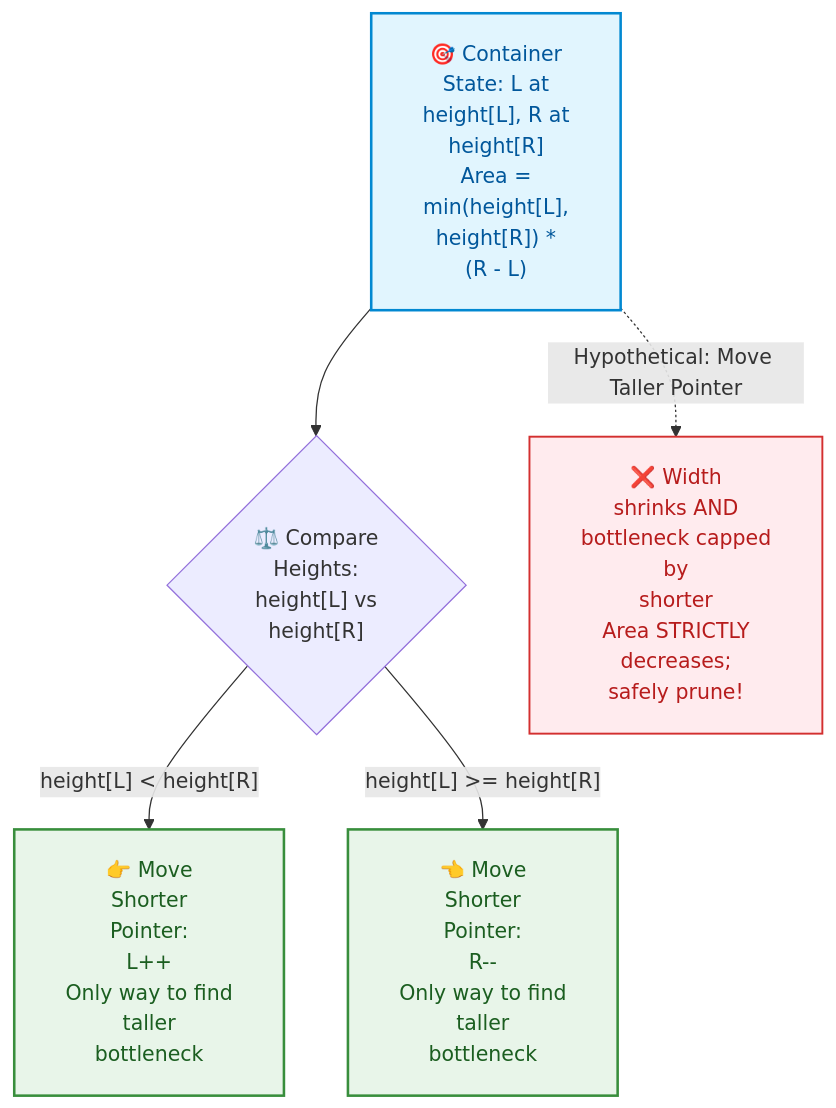
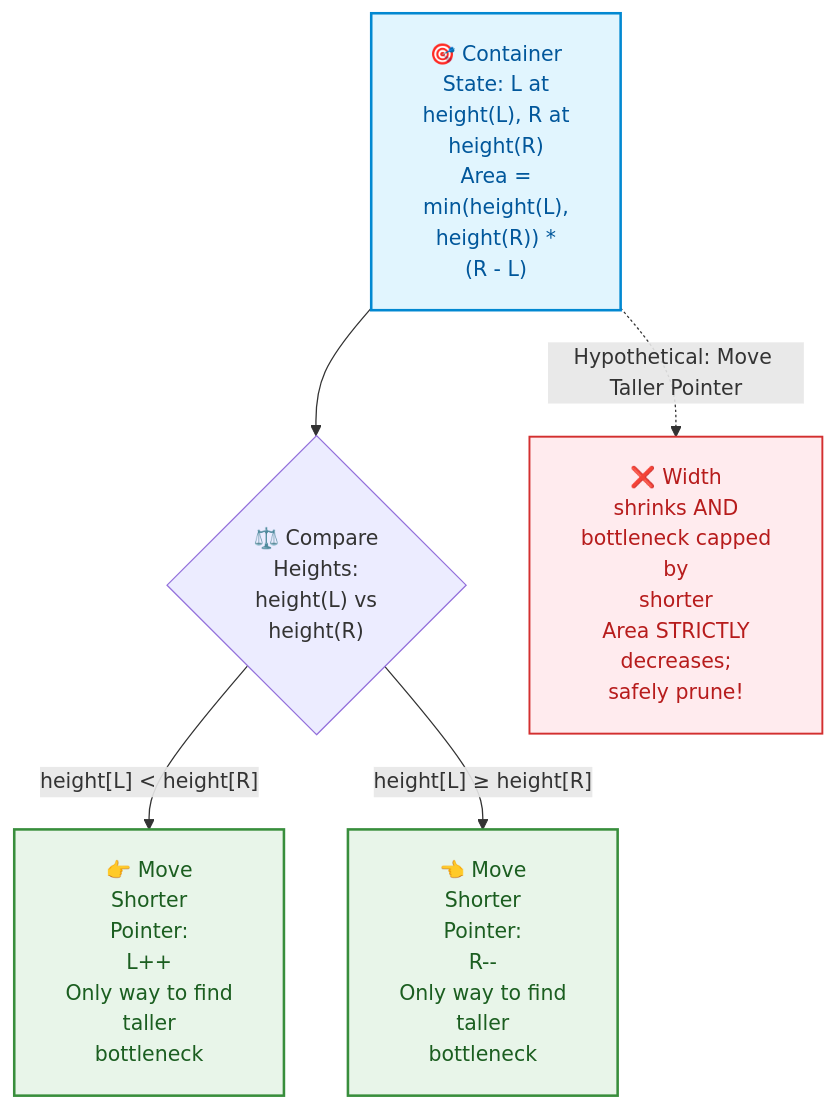
The second of 6 diagrams in week_04_core_problem_solving_patterns_i/Week_04_Visual_Concepts_Playbook_HYBRID.md (dip4k/DSA_102), drawn with Mermaid before and after one commit. The commit also changed other lines of this file and 147 other files, not shown here.

First line of the commit message:
feat(curriculum): enrich Weeks 01-19 instructional modules & resolve repository-wide Mermaid cutoff

````diff
--- a/week_04_core_problem_solving_patterns_i/Week_04_Visual_Concepts_Playbook_HYBRID.md
+++ b/week_04_core_problem_solving_patterns_i/Week_04_Visual_Concepts_Playbook_HYBRID.md
@@ -91,13 +91,13 @@
 ```mermaid
 %%{init: {"flowchart": {"htmlLabels": true, "padding": 20}, "themeCSS": "foreignObject { overflow: visible !important; }"}}%%
 flowchart TD
-    classDef state fill:#e1f5fe,stroke:#0288d1,color:#01579b,stroke-width:2px;
-    classDef move fill:#e8f5e9,stroke:#388e3c,color:#1b5e20,stroke-width:2px;
-    classDef dead fill:#ffebee,stroke:#d32f2f,color:#b71c1c,stroke-width:1.5px;
+    classDef state fill:#e1f5fe,stroke:#0288d1,color:#01579b,stroke-width:2px
+    classDef move fill:#e8f5e9,stroke:#388e3c,color:#1b5e20,stroke-width:2px
+    classDef dead fill:#ffebee,stroke:#d32f2f,color:#b71c1c,stroke-width:1.5px
 
-    R["🎯 Container<br/>State: L at<br/>height[L], R at<br/>height[R]<br/>Area =<br/>min(height[L],<br/>height[R]) *<br/>(R - L)"]:::state
-    R --> Cond{"⚖️ Compare<br/>Heights:<br/>height[L] vs<br/>height[R]"}
+    R["🎯 Container<br/>State: L at<br/>height(L), R at<br/>height(R)<br/>Area =<br/>min(height(L),<br/>height(R)) *<br/>(R - L)"]:::state
+    R --> Cond{"⚖️ Compare<br/>Heights:<br/>height(L) vs<br/>height(R)"}
     Cond -->|"height[L] &lt; height[R]"| ML["👉 Move<br/>Shorter<br/>Pointer:<br/>L++<br/>Only way to find<br/>taller<br/>bottleneck"]:::move
-    Cond -->|"height[L] >= height[R]"| MR["👈 Move<br/>Shorter<br/>Pointer:<br/>R--<br/>Only way to find<br/>taller<br/>bottleneck"]:::move
+    Cond -->|"height[L] &ge; height[R]"| MR["👈 Move<br/>Shorter<br/>Pointer:<br/>R--<br/>Only way to find<br/>taller<br/>bottleneck"]:::move
     R -.->|Hypothetical: Move Taller Pointer| Dead["❌ Width<br/>shrinks AND<br/>bottleneck capped<br/>by<br/>shorter<br/>Area STRICTLY<br/>decreases;<br/>safely prune!"]:::dead
 ```
````
